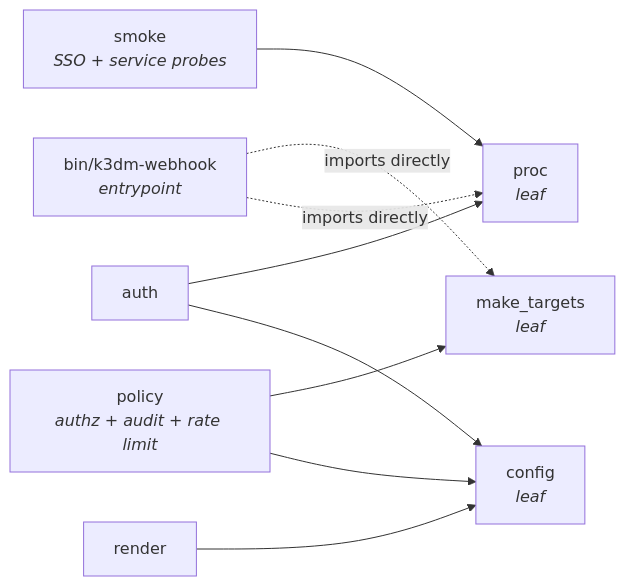
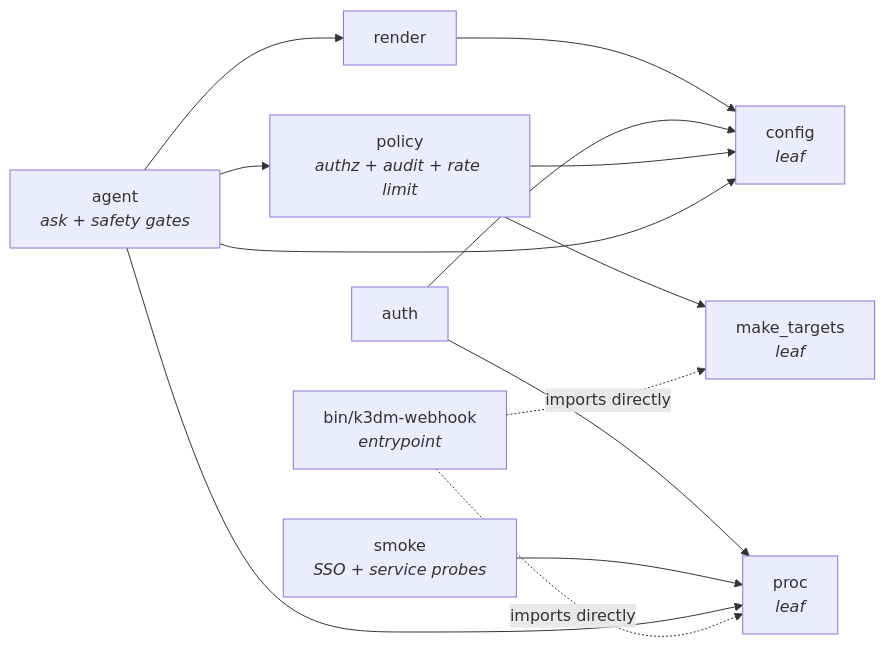
The first of 2 diagrams in docs/architecture/webhook-server.md (wilddog64/k3d-manager), drawn with Mermaid before and after one commit. The commit also changed other lines of this file and 7 other files, not shown here.

````diff
--- a/docs/architecture/webhook-server.md
+++ b/docs/architecture/webhook-server.md
@@ -69,20 +71,25 @@
 ```mermaid
 flowchart LR
     ENTRY["bin/k3dm-webhook<br/><i>entrypoint</i>"]
     RENDER["render"]
     AUTH["auth"]
     CONFIG["config<br/><i>leaf</i>"]
     PROC["proc<br/><i>leaf</i>"]
     MAKE["make_targets<br/><i>leaf</i>"]
     POLICY["policy<br/><i>authz + audit + rate limit</i>"]
     SMOKE["smoke<br/><i>SSO + service probes</i>"]
+    AGENT["agent<br/><i>ask + safety gates</i>"]
 
     RENDER --> CONFIG
     AUTH --> CONFIG
     AUTH --> PROC
     POLICY --> CONFIG
     POLICY --> MAKE
     SMOKE --> PROC
+    AGENT --> CONFIG
+    AGENT --> POLICY
+    AGENT --> PROC
+    AGENT --> RENDER
     ENTRY -.->|"imports directly"| PROC
     ENTRY -.->|"imports directly"| MAKE
 ```
````
